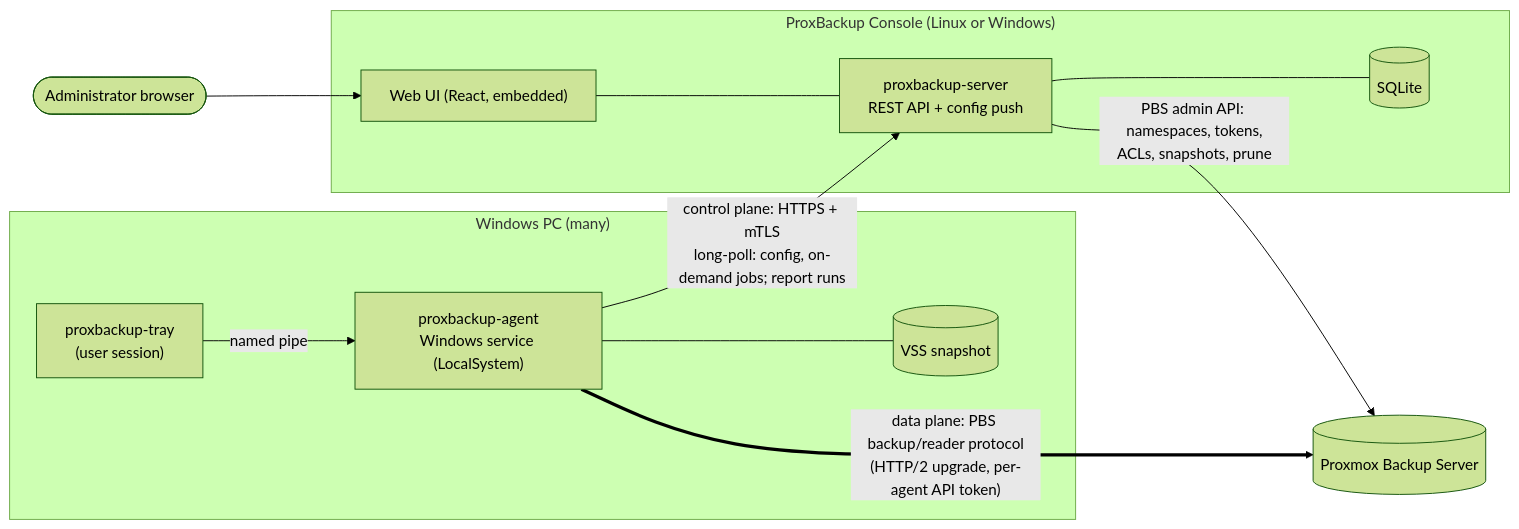
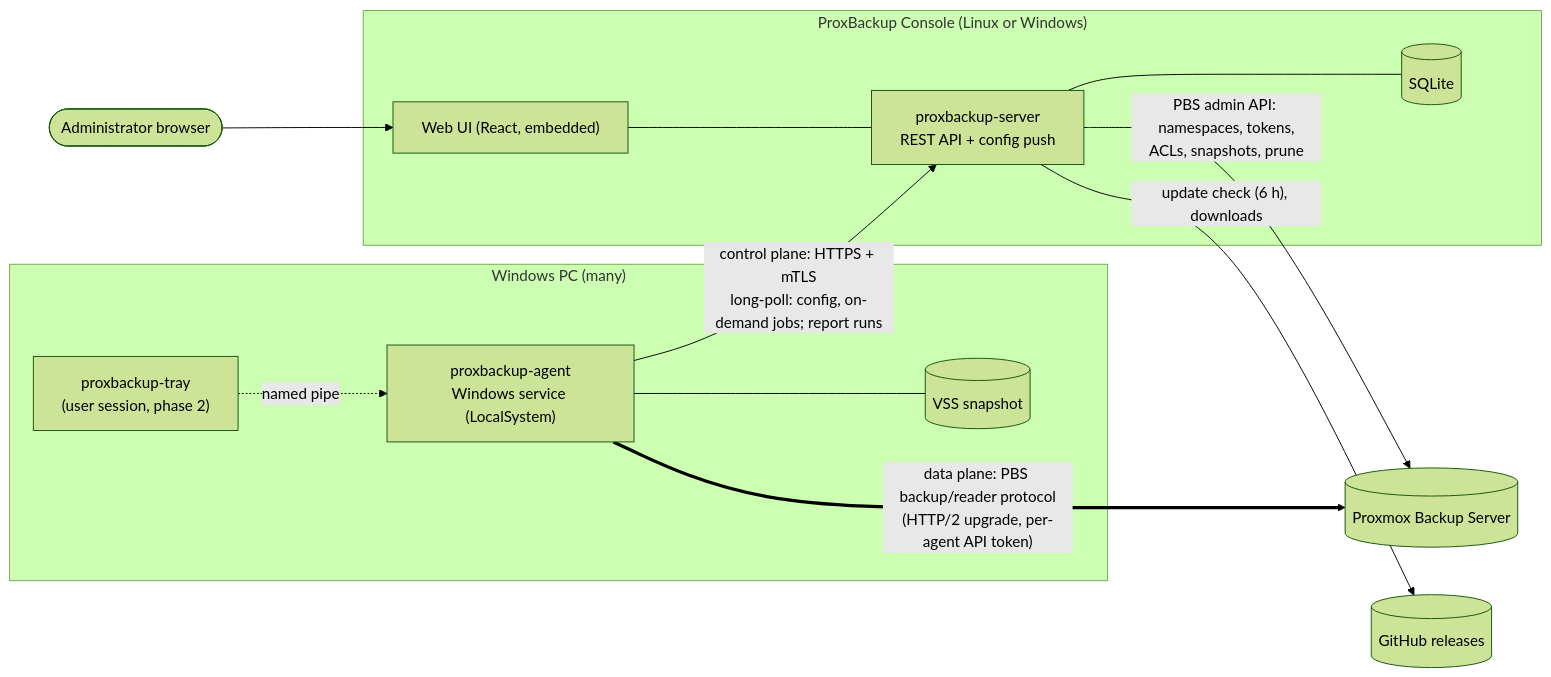
Before and after one commit to Lopicl/proxbackup-solution: the first of 5 diagrams in docs/architecture.md, drawn with Mermaid (forest theme). The commit also changed other lines of this file and 1 other file, not shown here.

First line of the commit message:
docs: bring architecture.md in line with the shipped code

````diff
--- a/docs/architecture.md
+++ b/docs/architecture.md
@@ -22,24 +23,26 @@
 ```mermaid
 flowchart LR
   subgraph PC["Windows PC (many)"]
-    TRAY["proxbackup-tray<br/>(user session)"] -- named pipe --> AGENT
+    TRAY["proxbackup-tray<br/>(user session, phase 2)"] -. named pipe .-> AGENT
     AGENT["proxbackup-agent<br/>Windows service (LocalSystem)"]
     VSS[(VSS snapshot)]
     AGENT --- VSS
   end
 
   subgraph MGMT["ProxBackup Console (Linux or Windows)"]
     API["proxbackup-server<br/>REST API + config push"]
     UI["Web UI (React, embedded)"]
     DB[(SQLite)]
     API --- DB
     UI --- API
   end
 
   PBS[("Proxmox Backup Server")]
+  GH[("GitHub releases")]
 
   AGENT -- "control plane: HTTPS + mTLS<br/>long-poll: config, on-demand jobs; report runs" --> API
   AGENT == "data plane: PBS backup/reader protocol<br/>(HTTP/2 upgrade, per-agent API token)" ==> PBS
   API -- "PBS admin API: namespaces, tokens,<br/>ACLs, snapshots, prune" --> PBS
+  API -- "update check (6 h), downloads" --> GH
   ADMIN(["Administrator browser"]) --> UI
 ```
````
